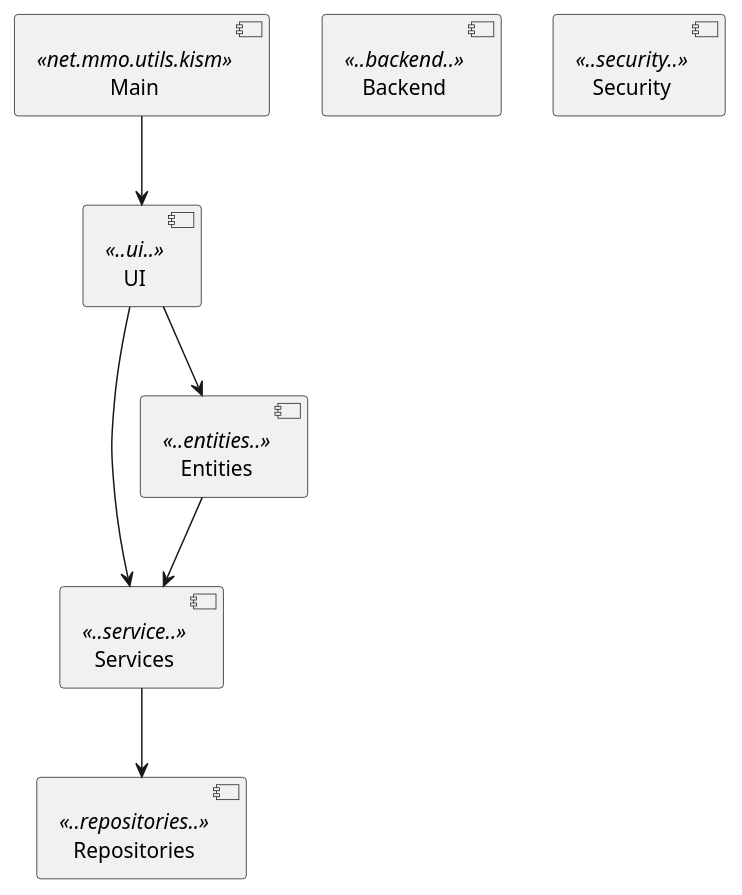
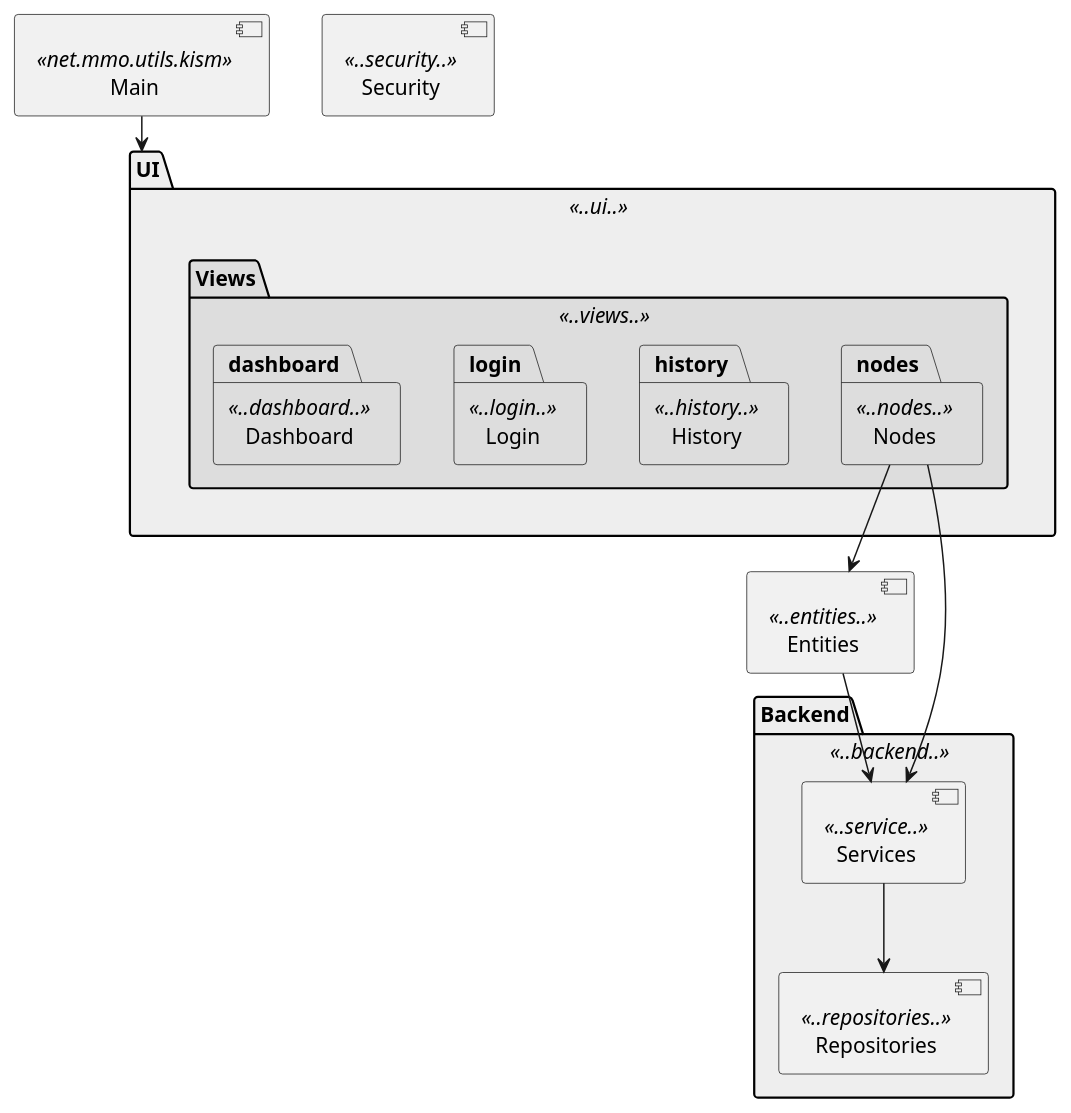
The diagram in docs/kismon.puml (mmoser18/kismon), drawn with PlantUML before and after one commit. The commit also changed 82 other files, not shown here.

```diff
--- a/docs/kismon.puml
+++ b/docs/kismon.puml
@@ -1,17 +1,35 @@
 @startuml
 
-[UI] <<..ui..>> as ui
-[Backend] <<..backend..>> as backend
-[Services] <<..service..>> as service
-[Repositories] <<..repositories..>> as repositories
+[Main] <<net.mmo.utils.kism>> as main
+
+package "UI" <<..ui..>> as ui #EEEEEE {
+	package "Views" <<..views..>> as views #DDDDDD {
+		package "Nodes" <<..nodes..>> as nodes #DDDDDD {
+		}
+		package "History" <<..history..>> as history #DDDDDD {
+		}
+		package "Login" <<..login..>> as login #DDDDDD {
+		}
+		package "Dashboard" <<..dashboard..>> as dashboard #DDDDDD {
+		}
+	}
+}
+
 [Entities] <<..entities..>> as entities
 [Security] <<..security..>> as security
-[Main] <<net.mmo.utils.kism>> as main
 
-ui --> entities
-ui --> service
-entities --> service
-service --> repositories
+package "Backend" <<..backend..>> as backend #EEEEEE {
+	[Services] <<..service..>> as service
+	[Repositories] <<..repositories..>> as repositories
+}
+
 main --> ui
 
+nodes --> entities
+nodes --> service
+
+entities --> service
+
+service --> repositories
+
 @enduml
```
